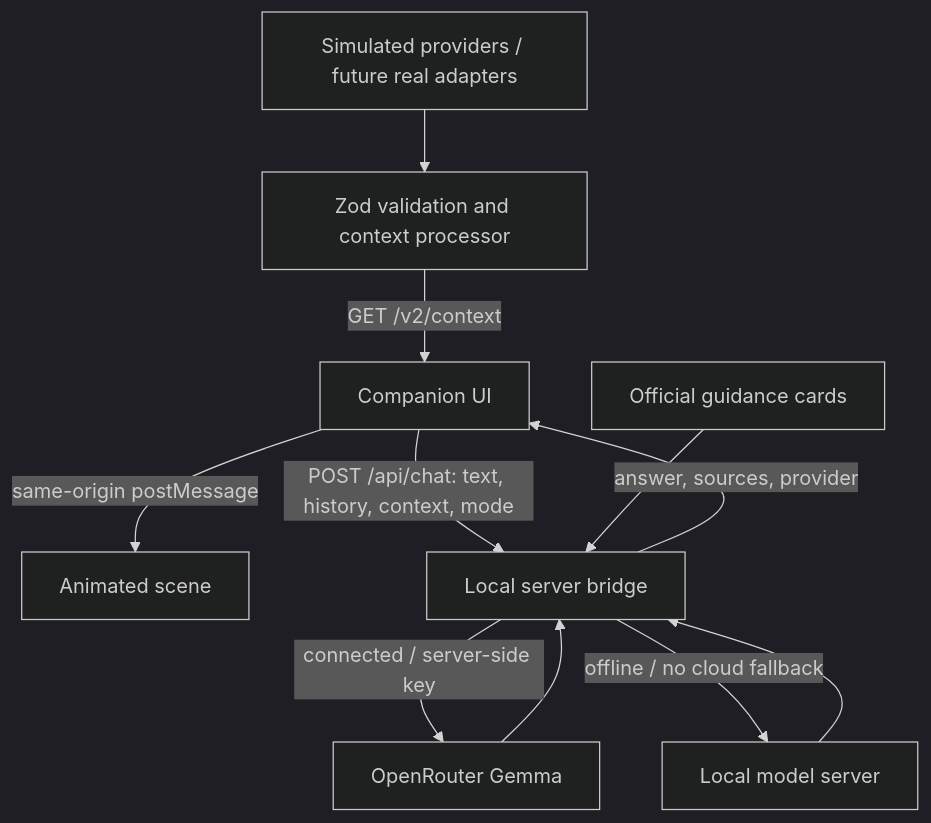
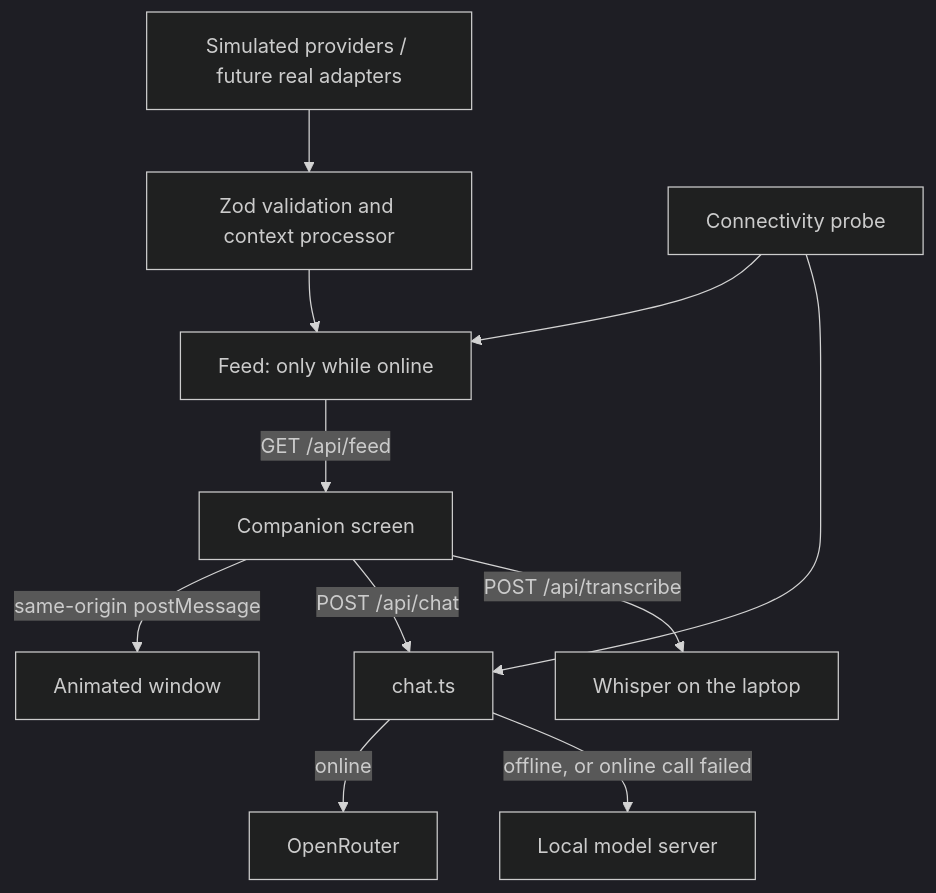
The diagram in modules/weather-companion/DATA_PIPELINE.md (DomBarker99/offline-emergency-agent), drawn with Mermaid (dark theme) before and after one commit. The commit also changed other lines of this file and 5 other files, not shown here.

Commit message:
Docs and settings for the offline demo: lean .env.example, README, architecture, companion module docs

````diff
--- a/modules/weather-companion/DATA_PIPELINE.md
+++ b/modules/weather-companion/DATA_PIPELINE.md
@@ -101,13 +106,13 @@
 ```mermaid
 flowchart TD
   S[Simulated providers / future real adapters] --> P[Zod validation and context processor]
-  P -->|GET /v2/context| U[Companion UI]
-  U -->|same-origin postMessage| V[Animated scene]
-  U -->|POST /api/chat: text, history, context, mode| B[Local server bridge]
-  C[Official guidance cards] --> B
-  B -->|connected / server-side key| O[OpenRouter Gemma]
-  B -->|offline / no cloud fallback| L[Local model server]
-  O --> B
-  L --> B
-  B -->|answer, sources, provider| U
+  N[Connectivity probe] --> F[Feed: only while online]
+  P --> F
+  F -->|GET /api/feed| U[Companion screen]
+  U -->|same-origin postMessage| V[Animated window]
+  U -->|POST /api/chat| B[chat.ts]
+  N --> B
+  B -->|online| O[OpenRouter]
+  B -->|offline, or online call failed| L[Local model server]
+  U -->|POST /api/transcribe| W[Whisper on the laptop]
 ```
````
